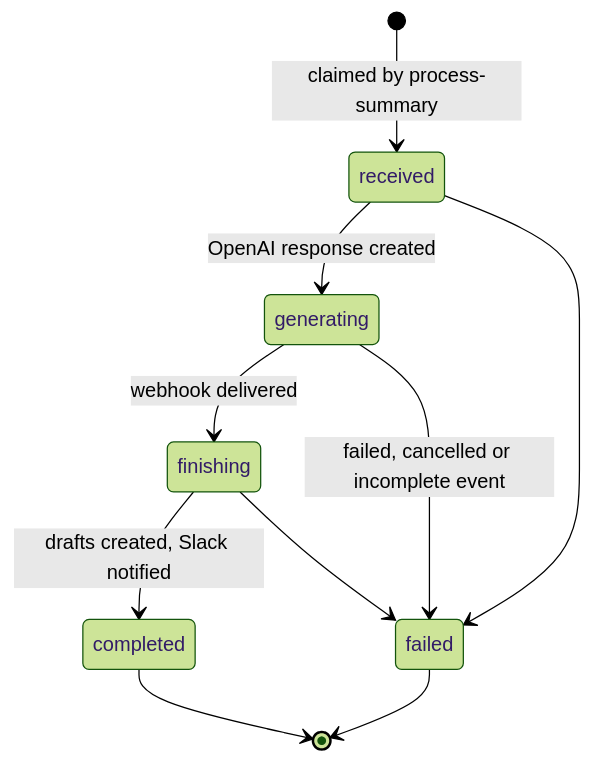
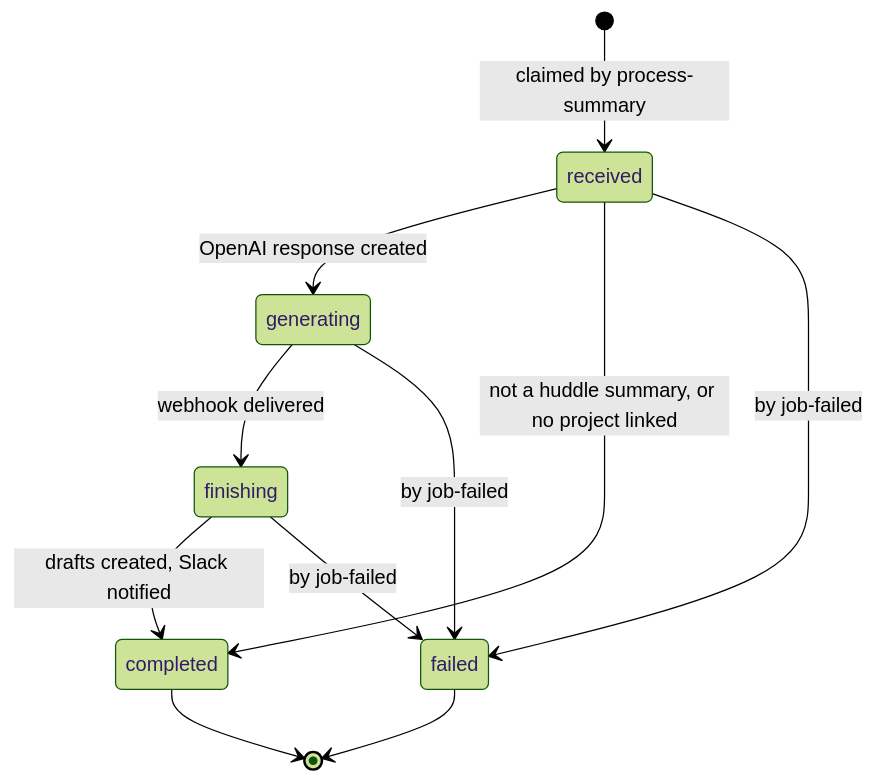
The third of 4 diagrams in architecture.md (RoryDaly1998/Huddle-Ticket-Automation), drawn with Mermaid (forest theme) before and after one commit. The commit also changed other lines of this file and 5 other files, not shown here.

````diff
--- a/architecture.md
+++ b/architecture.md
@@ -182,12 +197,13 @@
 ```mermaid
 stateDiagram-v2
   [*] --> received: claimed by process-summary
   received --> generating: OpenAI response created
   generating --> finishing: webhook delivered
   finishing --> completed: drafts created, Slack notified
-  received --> failed
-  generating --> failed: failed, cancelled or incomplete event
-  finishing --> failed
+  received --> completed: not a huddle summary, or no project linked
+  received --> failed: by job-failed
+  generating --> failed: by job-failed
+  finishing --> failed: by job-failed
   completed --> [*]
   failed --> [*]
 ```
````
